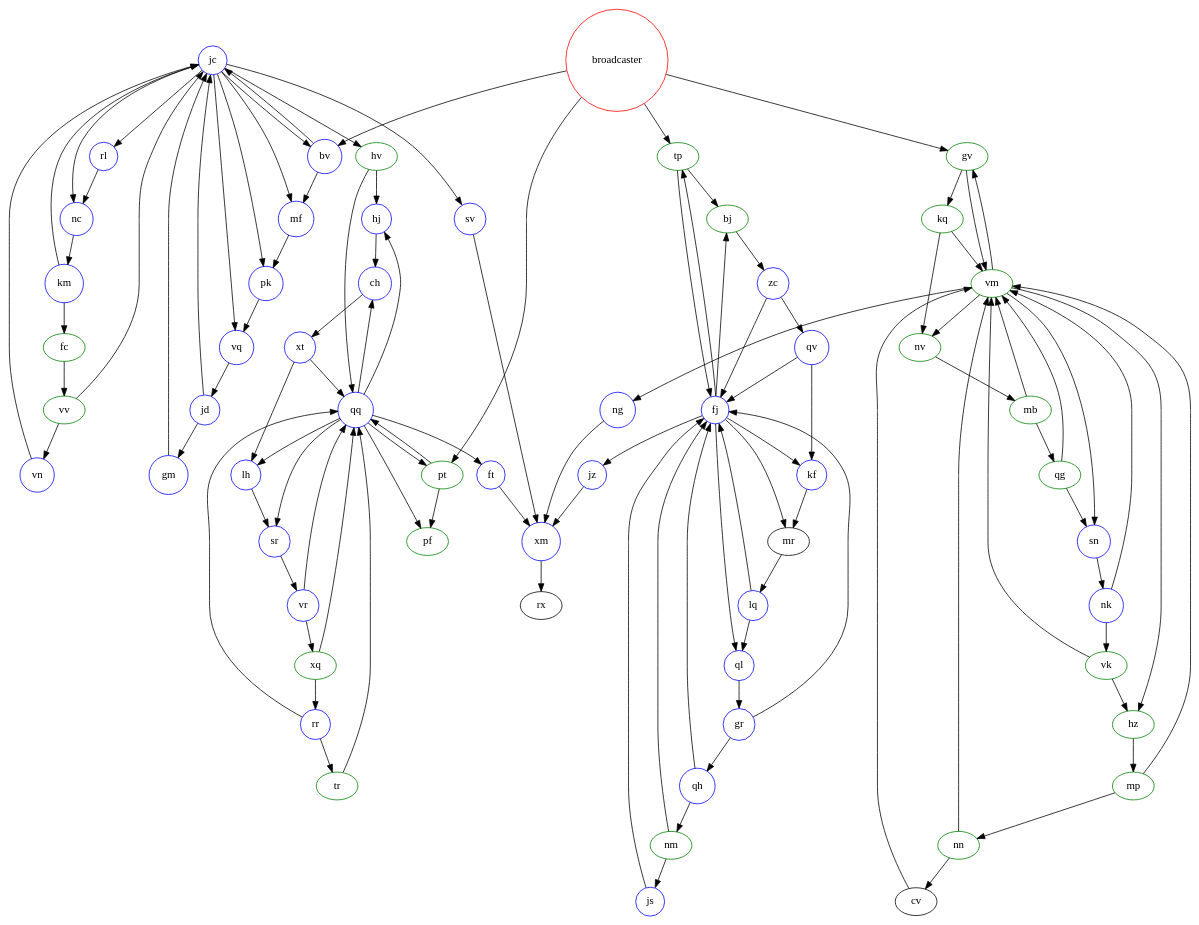
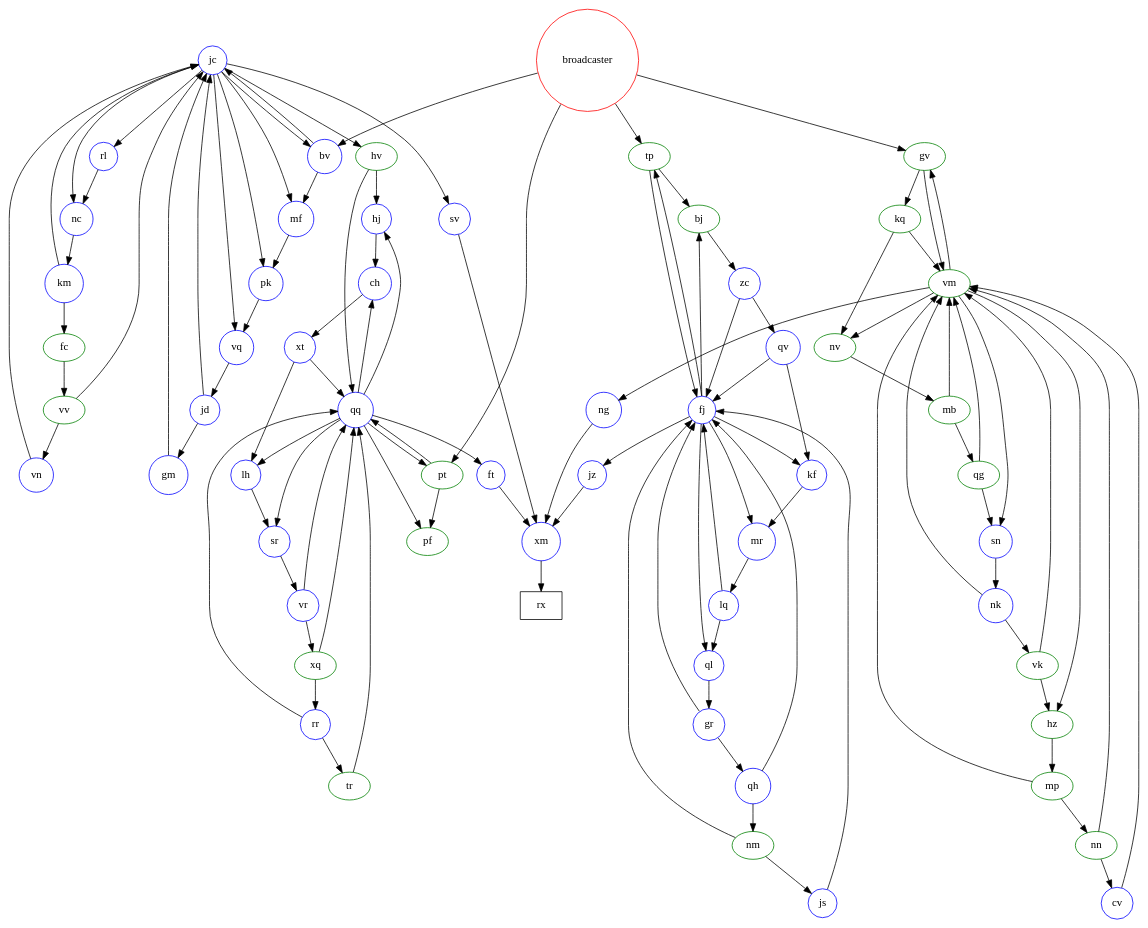
One commit to RomainPierre7/Advent-of-Code changed the diagram in 2023/day20/input_graph.dot. Above: the diagram before and after it, drawn with Graphviz. The commit also changed 1 other file, not shown here.

```diff
--- a/2023/day20/input_graph.dot
+++ b/2023/day20/input_graph.dot
@@ -1,166 +1,169 @@
 digraph G {
     jc [shape=circle, color=blue]; // Type "&" avec couleur bleue
     bj [shape=ellipse, color=green]; // Type "%" avec couleur verte
     km [shape=circle, color=blue];
     vr [shape=circle, color=blue];
     ft [shape=circle, color=blue];
     jz [shape=circle, color=blue];
     fj [shape=circle, color=blue];
     pt [shape=ellipse, color=green];
     zc [shape=circle, color=blue];
     sr [shape=circle, color=blue];
     tr [shape=ellipse, color=green];
     lq [shape=circle, color=blue];
     qv [shape=circle, color=blue];
     sn [shape=circle, color=blue];
     jd [shape=circle, color=blue];
     tp [shape=ellipse, color=green];
     mp [shape=ellipse, color=green];
     broadcaster [shape=circle, color=red]; // Type "broadcaster" avec couleur rouge
     qh [shape=circle, color=blue];
     gv [shape=ellipse, color=green];
     xt [shape=circle, color=blue];
     nm [shape=ellipse, color=green];
     hj [shape=circle, color=blue];
     mb [shape=ellipse, color=green];
     gr [shape=circle, color=blue];
     js [shape=circle, color=blue];
     rl [shape=circle, color=blue];
     qq [shape=circle, color=blue];
     bv [shape=circle, color=blue];
     nv [shape=ellipse, color=green];
     xm [shape=circle, color=blue];
     nc [shape=circle, color=blue];
     sv [shape=circle, color=blue];
     ql [shape=circle, color=blue];
     vn [shape=circle, color=blue];
     hv [shape=ellipse, color=green];
     vm [shape=ellipse, color=green];
     rr [shape=circle, color=blue];
     vv [shape=ellipse, color=green];
     ng [shape=circle, color=blue];
     nn [shape=ellipse, color=green];
     ch [shape=circle, color=blue];
+    mr [shape=circle, color=blue];
+    cv [shape=circle, color=blue];
     fc [shape=ellipse, color=green];
     pf [shape=ellipse, color=green];
     pk [shape=circle, color=blue];
     vq [shape=circle, color=blue];
     kf [shape=circle, color=blue];
     mf [shape=circle, color=blue];
     qg [shape=ellipse, color=green];
     nk [shape=circle, color=blue];
     hz [shape=ellipse, color=green];
     kq [shape=ellipse, color=green];
     lh [shape=circle, color=blue];
     gm [shape=circle, color=blue];
     vk [shape=ellipse, color=green];
     xq [shape=ellipse, color=green];
+    rx [shape=box, color=black];
 
     jc -> vq;
     jc -> mf;
     jc -> bv;
     jc -> pk;
     jc -> nc;
     jc -> sv;
     jc -> rl;
     bj -> zc;
     km -> jc;
     km -> fc;
     vr -> xq;
     vr -> qq;
     ft -> xm;
     jz -> xm;
     fj -> jz;
     fj -> bj;
     fj -> mr;
     fj -> tp;
     fj -> ql;
     fj -> kf;
     pt -> qq;
     pt -> pf;
     zc -> qv;
     zc -> fj;
     sr -> vr;
     tr -> qq;
     lq -> fj;
     lq -> ql;
     qv -> kf;
     qv -> fj;
     sn -> nk;
     jd -> jc;
     jd -> gm;
     tp -> bj;
     tp -> fj;
     mp -> vm;
     mp -> nn;
     broadcaster -> pt;
     broadcaster -> tp;
     broadcaster -> gv;
     broadcaster -> bv;
     qh -> fj;
     qh -> nm;
     gv -> vm;
     gv -> kq;
     xt -> qq;
     xt -> lh;
     nm -> fj;
     nm -> js;
     hj -> ch;
     mb -> vm;
     mb -> qg;
     gr -> fj;
     gr -> qh;
     js -> fj;
     rl -> nc;
     qq -> sr;
     qq -> pt;
     qq -> ch;
     qq -> lh;
     qq -> hj;
     qq -> pf;
     qq -> ft;
     bv -> jc;
     bv -> mf;
     nv -> mb;
     xm -> rx;
     nc -> km;
     sv -> xm;
     ql -> gr;
     vn -> jc;
     hv -> qq;
     hv -> hj;
     vm -> ng;
     vm -> hz;
     vm -> sn;
     vm -> gv;
     vm -> nv;
     rr -> qq;
     rr -> tr;
     vv -> jc;
     vv -> vn;
     ng -> xm;
     nn -> cv;
     nn -> vm;
     ch -> xt;
     mr -> lq;
     cv -> vm;
     fc -> vv;
     jc -> hv;
     pk -> vq;
     vq -> jd;
     kf -> mr;
     mf -> pk;
     qg -> vm;
     qg -> sn;
     nk -> vk;
     nk -> vm;
     hz -> mp;
     kq -> vm;
     kq -> nv;
     lh -> sr;
     gm -> jc;
     vk -> vm;
     vk -> hz;
     xq -> qq;
     xq -> rr;
 }
```
